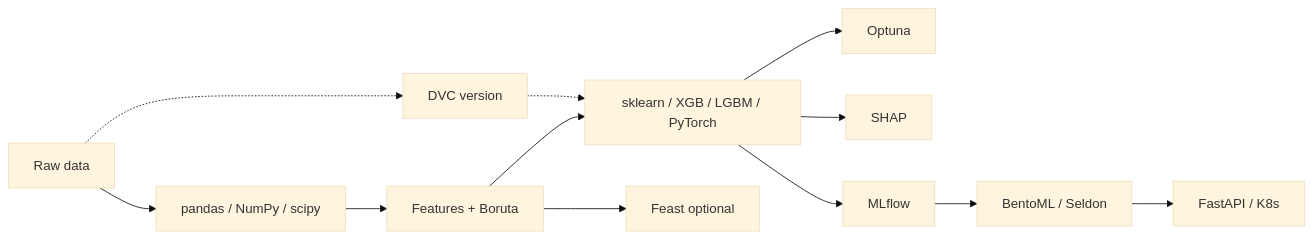
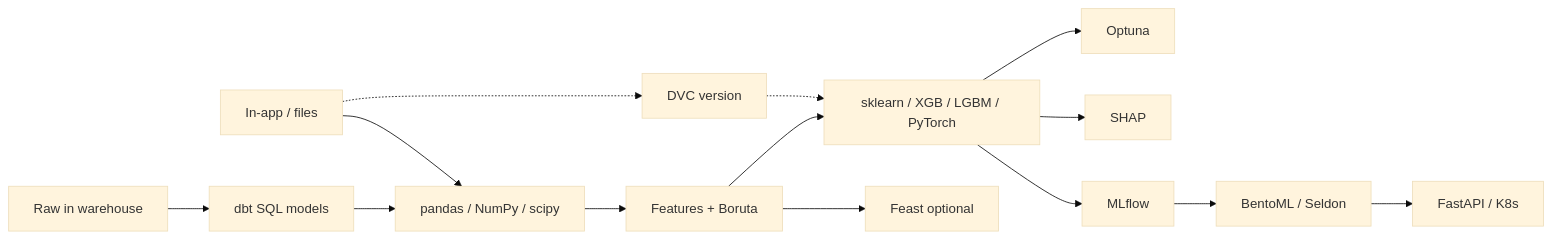
One commit to kurtc3b3/tech-learn changed the diagram in Concepts/Machine Learning.md. Above: the diagram before and after it, drawn with Mermaid (base theme). The commit also changed other lines of this file and 4 other files, not shown here.

First line of the commit message:
Add ML — dbt Codes note and integrate warehouse transforms into the ML stack.

````diff
--- a/Concepts/Machine Learning.md
+++ b/Concepts/Machine Learning.md
@@ -30,13 +31,15 @@
 ```mermaid
 flowchart LR
-    DATA[Raw data] --> PREP[pandas / NumPy / scipy]
+    RAW[Raw in warehouse] --> DBT[dbt SQL models]
+    DBT --> PREP[pandas / NumPy / scipy]
+    DATA[In-app / files] --> PREP
     PREP --> FEAT[Features + Boruta]
     FEAT --> TRAIN[sklearn / XGB / LGBM / PyTorch]
     TRAIN --> TUNE[Optuna]
     TRAIN --> EXPLAIN[SHAP]
     TRAIN --> TRACK[MLflow]
     FEAT --> STORE[Feast optional]
     DATA -.-> DVCPIN[DVC version] -.-> TRAIN
     TRACK --> SERVE[BentoML / Seldon]
     SERVE --> API[FastAPI / K8s]
 ```
````
